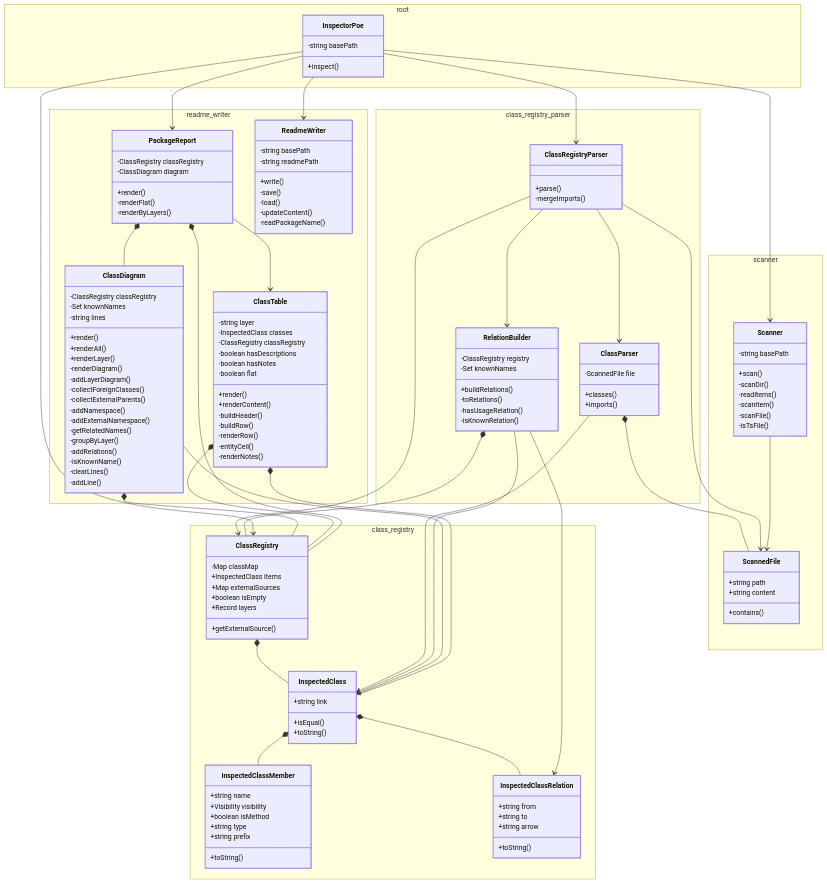
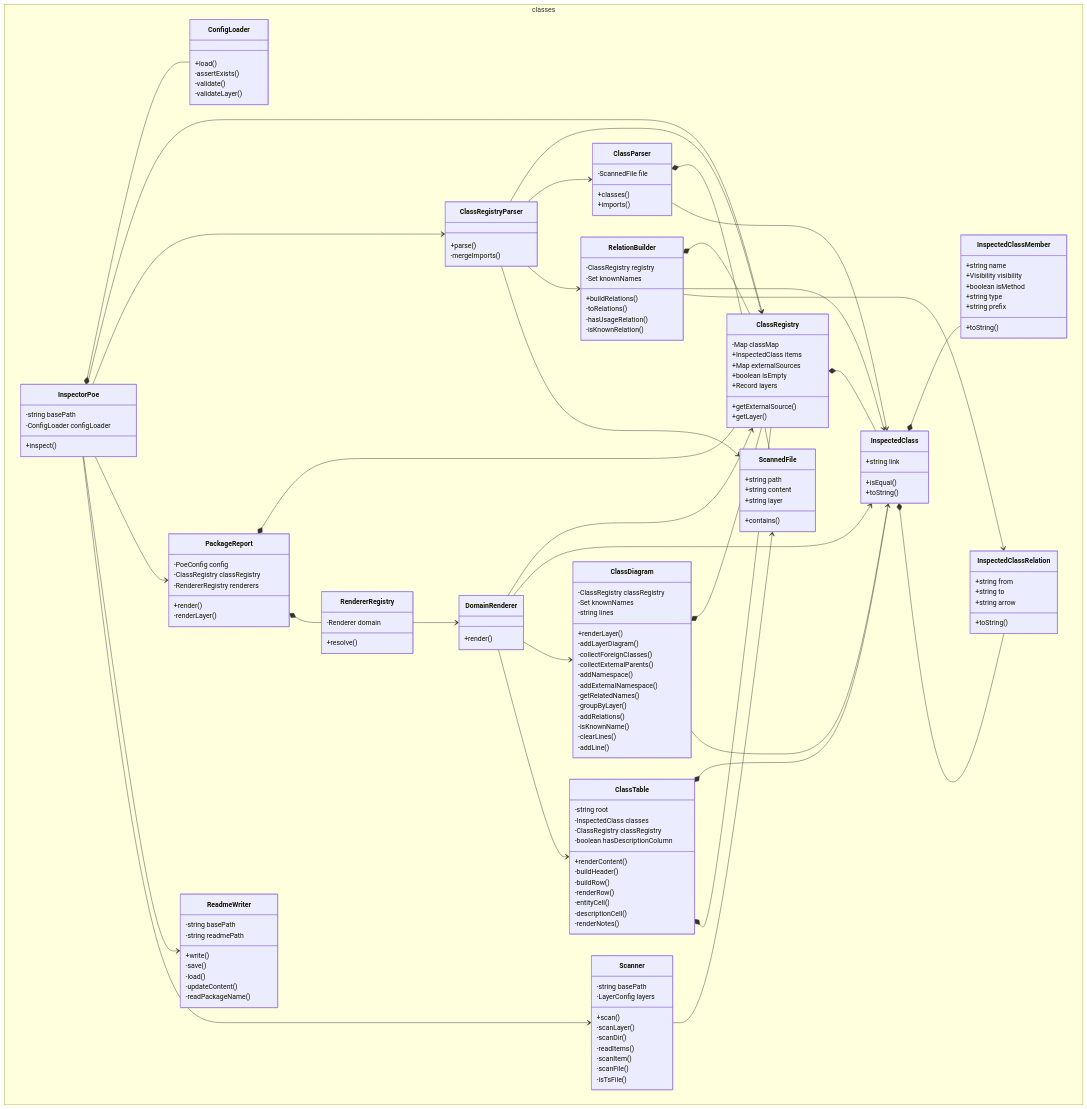
Before and after one commit to pslotinsky/decay-of-magic: the diagram in packages/poe/README.md, drawn with Mermaid. The commit also changed other lines of this file and 38 other files, not shown here.

Commit message:
DOD-0014: Add poe layers config and change classes render

````diff
--- a/packages/poe/README.md
+++ b/packages/poe/README.md
@@ -6,6 +8,6 @@
 ```mermaid
 classDiagram
-  namespace class_registry {
+  namespace classes {
     class ClassRegistry {
       -Map classMap
       +InspectedClass items
@@ -13,6 +15,7 @@
       +boolean isEmpty
       +Record layers
       +getExternalSource()
+      +getLayer()
     }
     class InspectedClass {
       +string link
@@ -33,8 +36,6 @@
       +string arrow
       +toString()
     }
-  }
-  namespace class_registry_parser {
     class ClassParser {
       -ScannedFile file
       +classes()
@@ -52,16 +53,22 @@
       -hasUsageRelation()
       -isKnownRelation()
     }
-  }
-  namespace readme_writer {
+    class ConfigLoader {
+      +load()
+      -assertExists()
+      -validate()
+      -validateLayer()
+    }
+    class InspectorPoe {
+      -string basePath
+      -ConfigLoader configLoader
+      +inspect()
+    }
     class ClassDiagram {
       -ClassRegistry classRegistry
       -Set knownNames
       -string lines
-      +render()
-      +renderAll()
       +renderLayer()
-      -renderDiagram()
       -addLayerDiagram()
       -collectForeignClasses()
       -collectExternalParents()
@@ -75,26 +82,24 @@
       -addLine()
     }
     class ClassTable {
-      -string layer
+      -string root
       -InspectedClass classes
       -ClassRegistry classRegistry
-      -boolean hasDescriptions
-      -boolean hasNotes
-      -boolean flat
-      +render()
+      -boolean hasDescriptionColumn
       +renderContent()
       -buildHeader()
       -buildRow()
       -renderRow()
       -entityCell()
+      -descriptionCell()
       -renderNotes()
     }
     class PackageReport {
+      -PoeConfig config
       -ClassRegistry classRegistry
-      -ClassDiagram diagram
+      -RendererRegistry renderers
       +render()
-      -renderFlat()
-      -renderByLayers()
+      -renderLayer()
     }
     class ReadmeWriter {
       -string basePath
@@ -105,27 +110,29 @@
       -updateContent()
       -readPackageName()
     }
-  }
-  namespace scanner {
+    class DomainRenderer {
+      +render()
+    }
+    class RendererRegistry {
+      -Renderer domain
+      +resolve()
+    }
     class ScannedFile {
       +string path
       +string content
+      +string layer
       +contains()
     }
     class Scanner {
       -string basePath
+      -LayerConfig layers
       +scan()
+      -scanLayer()
       -scanDir()
       -readItems()
       -scanItem()
       -scanFile()
       -isTsFile()
-    }
-  }
-  namespace root {
-    class InspectorPoe {
-      -string basePath
-      +inspect()
     }
   }
 
@@ -141,6 +148,7 @@
   RelationBuilder *-- ClassRegistry
   RelationBuilder --> InspectedClass
   RelationBuilder --> InspectedClassRelation
+  InspectorPoe *-- ConfigLoader
   InspectorPoe --> ClassRegistry
   InspectorPoe --> ClassRegistryParser
   InspectorPoe --> PackageReport
@@ -151,7 +159,11 @@
   ClassTable *-- InspectedClass
   ClassTable *-- ClassRegistry
   PackageReport *-- ClassRegistry
-  PackageReport *-- ClassDiagram
-  PackageReport --> ClassTable
+  PackageReport *-- RendererRegistry
+  DomainRenderer --> ClassRegistry
+  DomainRenderer --> InspectedClass
+  DomainRenderer --> ClassDiagram
+  DomainRenderer --> ClassTable
+  RendererRegistry --> DomainRenderer
   Scanner --> ScannedFile
 ```
````
